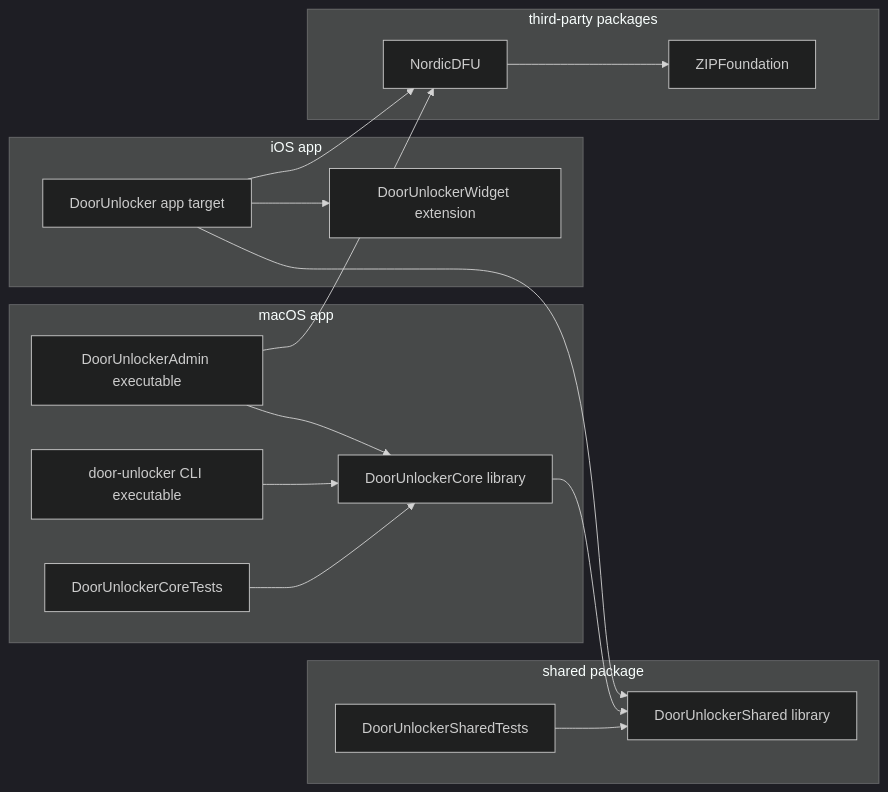
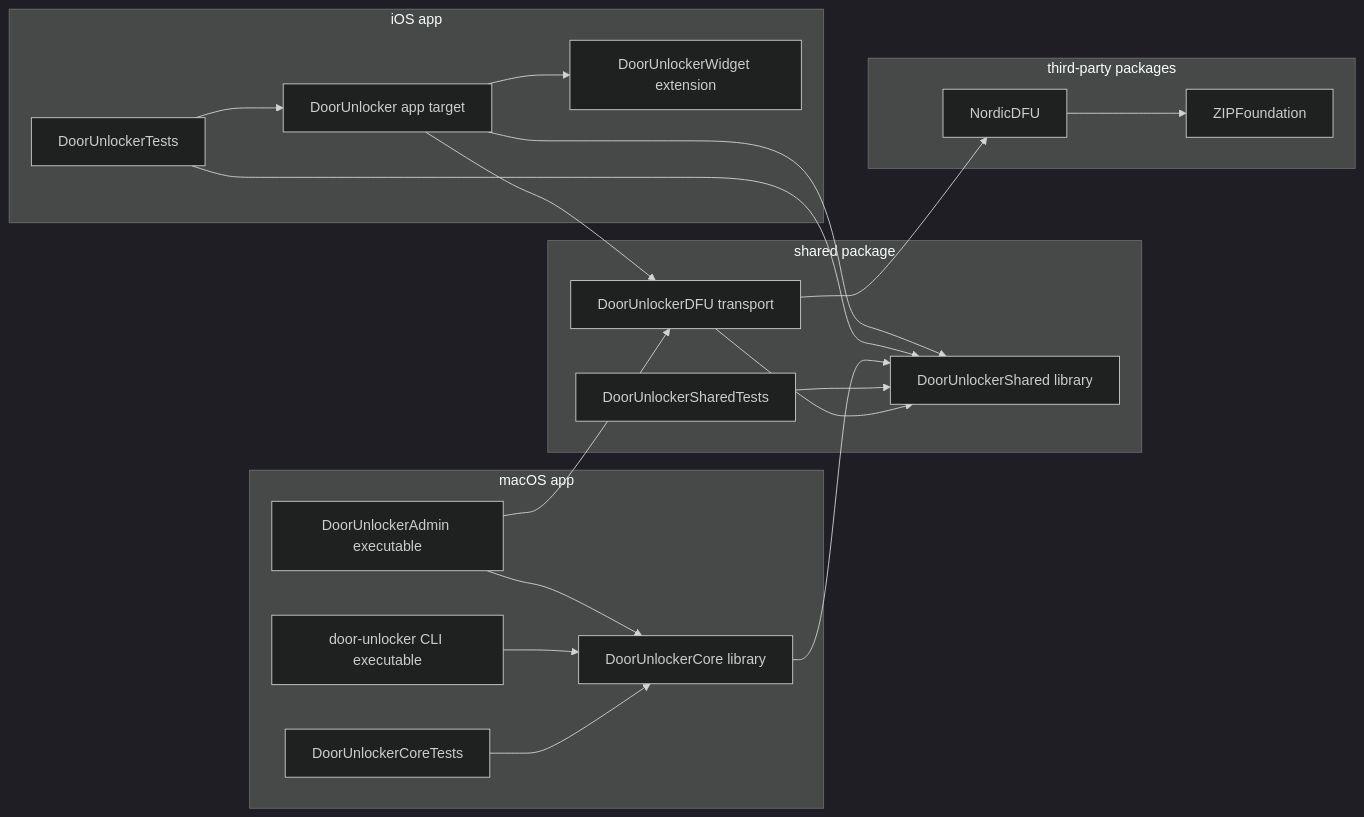
Before and after one commit to bt1142msstate/door-unlocker: the diagram in docs/dependency-graph.md, drawn with Mermaid (dark theme). The commit also changed 197 other files, not shown here.

First line of the commit message:
Door Unlocker v0.2.0 Beta 1

````diff
--- a/docs/dependency-graph.md
+++ b/docs/dependency-graph.md
@@ -3,35 +3,41 @@
 ```mermaid
 flowchart LR
     subgraph iOS["iOS app"]
         IOSApp["DoorUnlocker app target"]
         Widget["DoorUnlockerWidget extension"]
+        IOSTests["DoorUnlockerTests"]
     end
 
     subgraph Mac["macOS app"]
         MacAdmin["DoorUnlockerAdmin executable"]
         MacCLI["door-unlocker CLI executable"]
         MacCore["DoorUnlockerCore library"]
         MacTests["DoorUnlockerCoreTests"]
     end
 
     subgraph Shared["shared package"]
         SharedLib["DoorUnlockerShared library"]
+        SharedDFU["DoorUnlockerDFU transport"]
         SharedTests["DoorUnlockerSharedTests"]
     end
 
     subgraph ThirdParty["third-party packages"]
         Nordic["NordicDFU"]
         ZIP["ZIPFoundation"]
     end
 
     IOSApp --> Widget
     IOSApp --> SharedLib
-    IOSApp --> Nordic
+    IOSApp --> SharedDFU
+    IOSTests --> IOSApp
+    IOSTests --> SharedLib
     MacAdmin --> MacCore
-    MacAdmin --> Nordic
+    MacAdmin --> SharedDFU
     MacCLI --> MacCore
     MacTests --> MacCore
     MacCore --> SharedLib
     SharedTests --> SharedLib
+    SharedDFU --> SharedLib
+    SharedDFU --> Nordic
     Nordic --> ZIP
 ```
````
